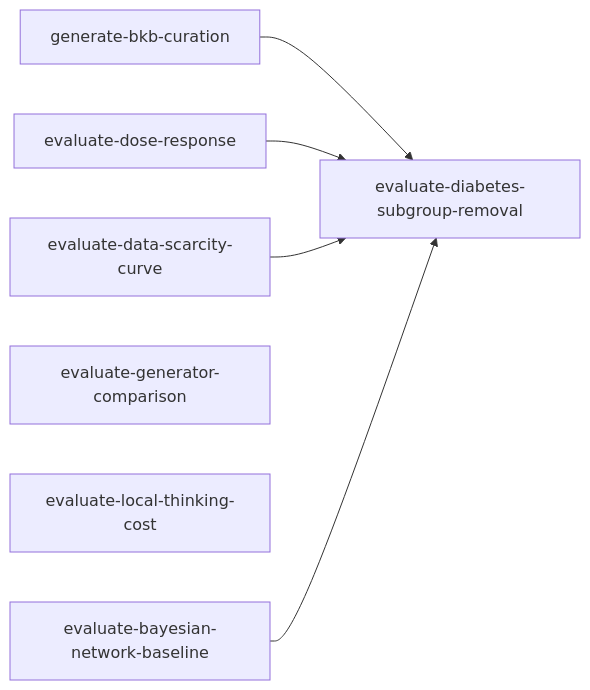
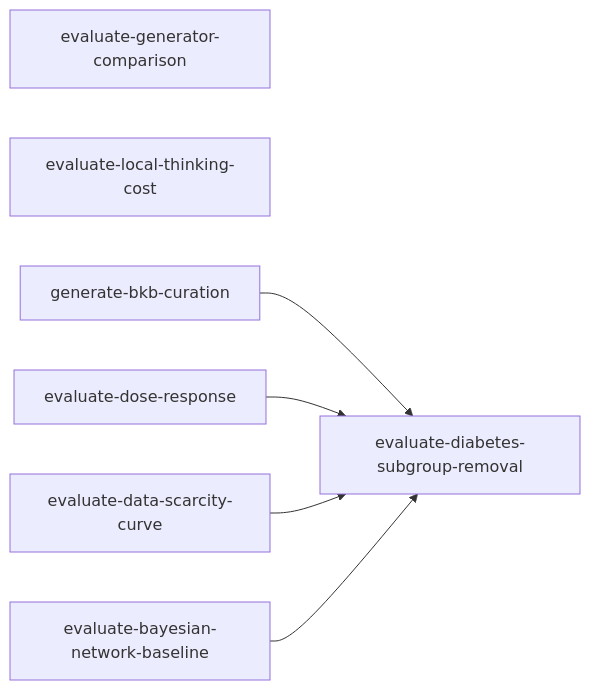
Before and after one commit to joe-dartmouth/synthetic: the diagram in tasks/experiments-index.md, drawn with Mermaid. The commit also changed 7 other files, not shown here.

````diff
--- a/tasks/experiments-index.md
+++ b/tasks/experiments-index.md
@@ -36,13 +36,9 @@
 ```mermaid
 flowchart LR
-    bkb_curation[generate-bkb-curation]
-    dose_response[evaluate-dose-response]
-    scarcity_curve[evaluate-data-scarcity-curve]
     generator_comparison[evaluate-generator-comparison]
     local_thinking[evaluate-local-thinking-cost]
-    bn_baseline[evaluate-bayesian-network-baseline]
     bkb_curation[generate-bkb-curation] --> diabetes_removal[evaluate-diabetes-subgroup-removal]
     dose_response[evaluate-dose-response] --> diabetes_removal
     scarcity_curve[evaluate-data-scarcity-curve] --> diabetes_removal
     bn_baseline[evaluate-bayesian-network-baseline] --> diabetes_removal
 ```
````
